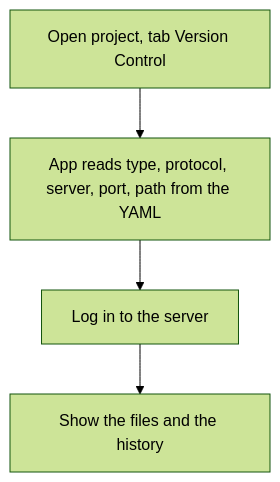
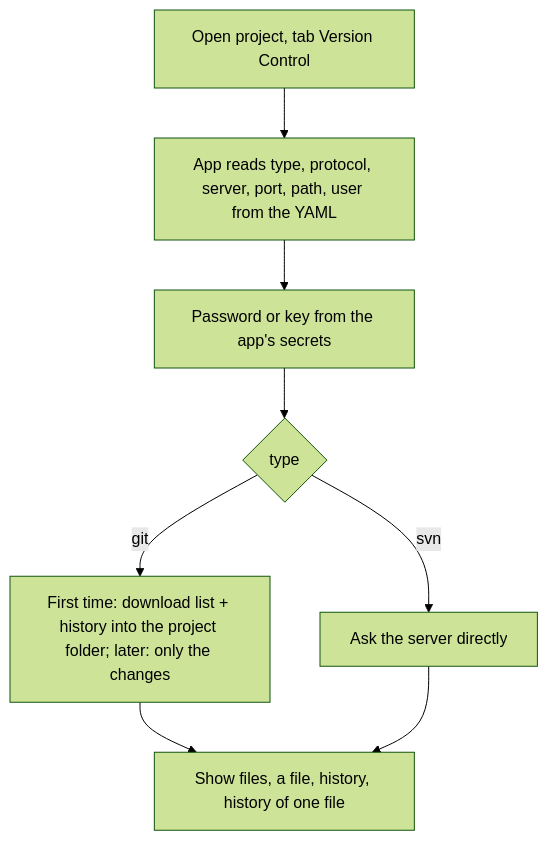
One commit to GFGMNET/Workspace changed the diagram in docs/plans/VERSION-CONTROL.md. Above: the diagram before and after it, drawn with Mermaid (forest theme). The commit also changed other lines of this file and 3 other files, not shown here.

First line of the commit message:
Plans: Git/SVN and VS Code with the maintainer's answers as decisions; VS Code Ready 2 Deploy

````diff
--- a/docs/plans/VERSION-CONTROL.md
+++ b/docs/plans/VERSION-CONTROL.md
@@ -89,6 +92,10 @@
 ```mermaid
 flowchart TD
-  A[Open project, tab Version Control] --> B[App reads type, protocol, server, port, path from the YAML]
-  B --> C[Log in to the server]
-  C --> D[Show the files and the history]
+  A[Open project, tab Version Control] --> B[App reads type, protocol, server, port, path, user from the YAML]
+  B --> C[Password or key from the app's secrets]
+  C --> D{type}
+  D -->|git| E[First time: download list + history into the project folder; later: only the changes]
+  D -->|svn| F[Ask the server directly]
+  E --> G[Show files, a file, history, history of one file]
+  F --> G
 ```
````
